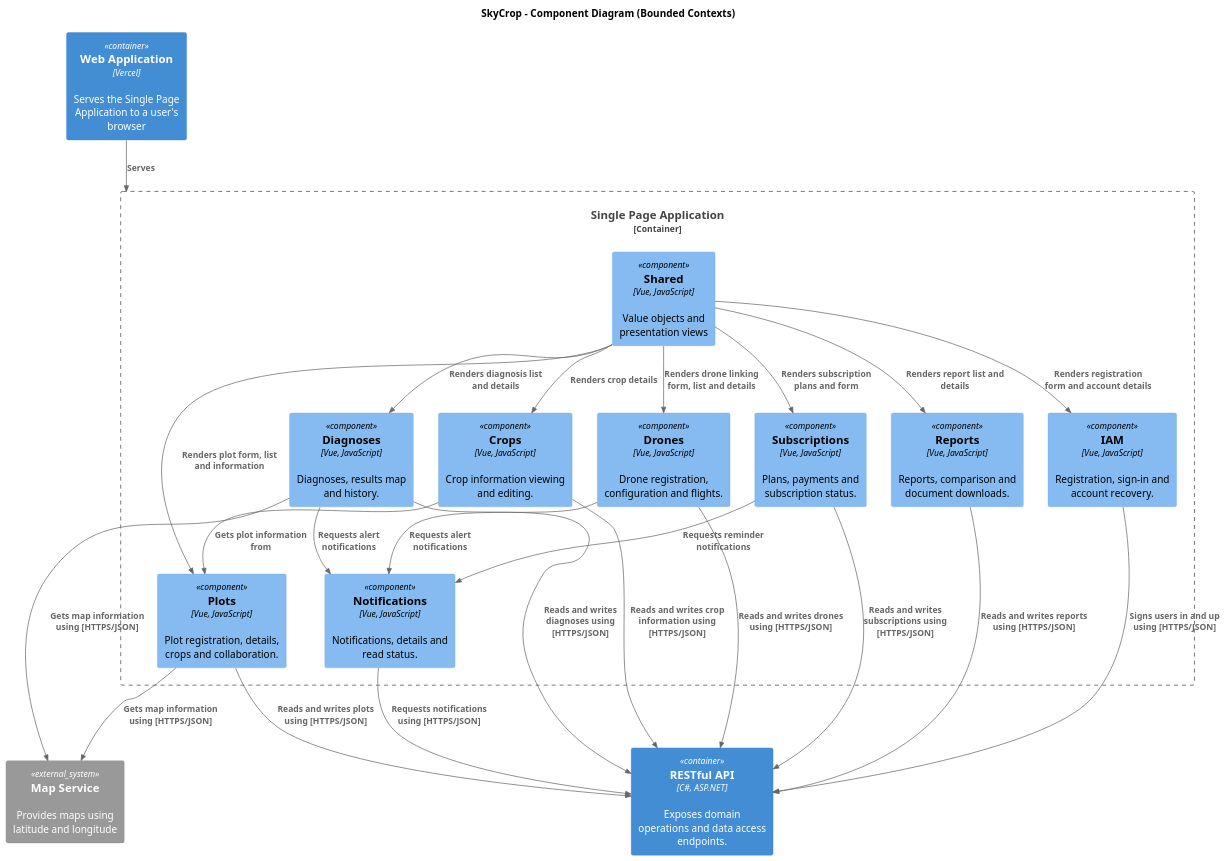
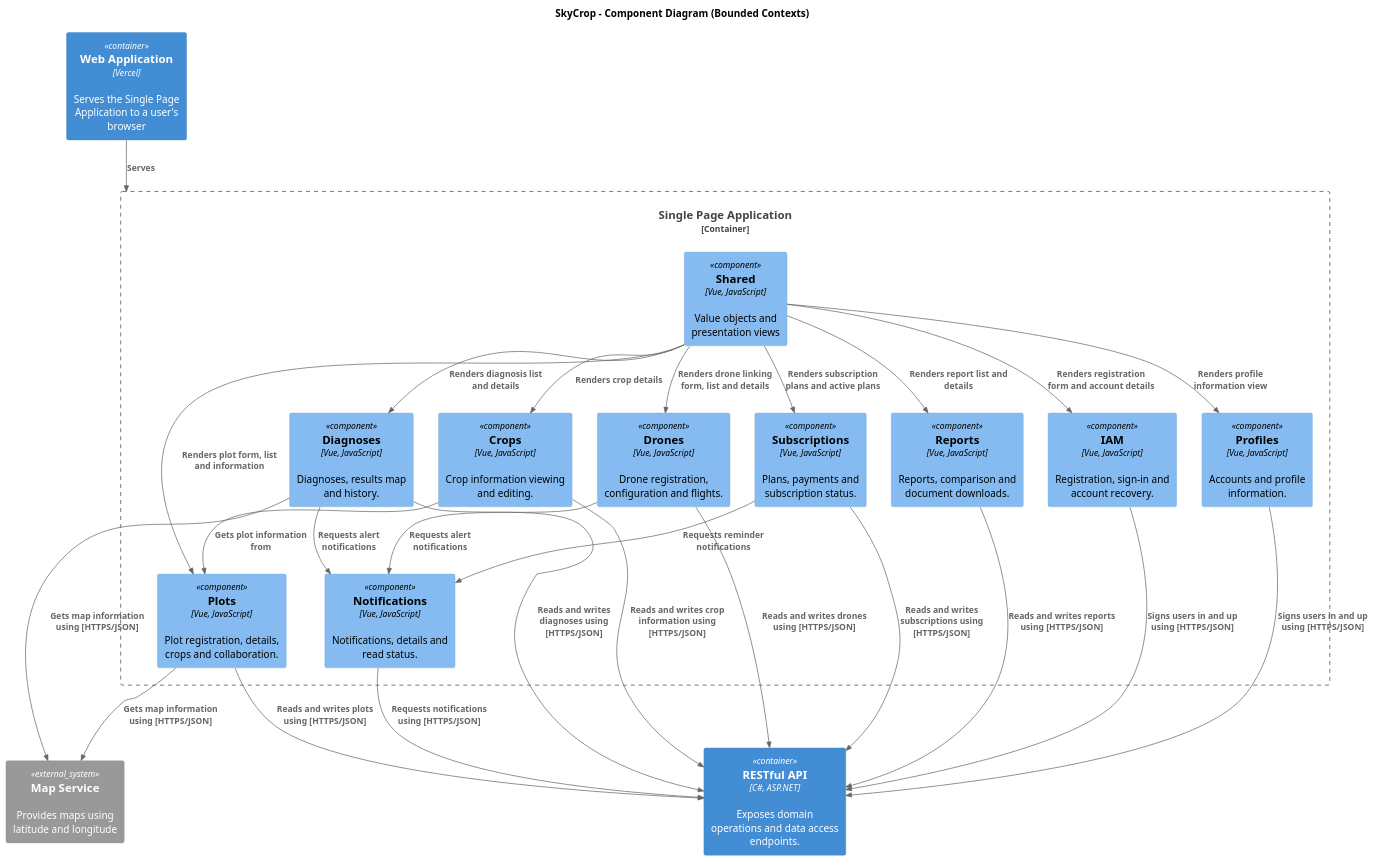
The diagram in resources/diagrams/component-level/Components-Frontend-updated.puml (upc-pre-202620-1asi0730-8093-greentech/skycrop-report), drawn with PlantUML before and after one commit. The commit also changed 1 other file, not shown here.

Commit message:
feat(diagrams): update frontend component diagram

```diff
--- a/resources/diagrams/component-level/Components-Frontend-updated.puml
+++ b/resources/diagrams/component-level/Components-Frontend-updated.puml
@@ -1,61 +1,64 @@
 @startuml
 !include https://raw.githubusercontent.com/plantuml-stdlib/C4-PlantUML/master/C4_Component.puml
 
 skinparam shadowing false
 skinparam dpi 120
 skinparam defaultFontName SansSerif
 skinparam wrapWidth 180
 
 
 title SkyCrop - Component Diagram (Bounded Contexts)
 
 
 System_Ext(maps, "Map Service", "Provides maps using latitude and longitude")
 
 
 Container(web, "Web Application", "Vercel", "Serves the Single Page Application to a user's browser")
 Container(api, "RESTful API", "C#, ASP.NET", "Exposes domain operations and data access endpoints.")
 
 
 Container_Boundary(frontend, "Single Page Application") {
     Component(diagnoses, "Diagnoses", "Vue, JavaScript", "Diagnoses, results map and history.")
     Component(reports, "Reports", "Vue, JavaScript", "Reports, comparison and document downloads.")
     Component(plots, "Plots", "Vue, JavaScript", "Plot registration, details, crops and collaboration.")
     Component(drones, "Drones", "Vue, JavaScript", "Drone registration, configuration and flights.")
     Component(subscriptions, "Subscriptions", "Vue, JavaScript", "Plans, payments and subscription status.")
     Component(crops, "Crops", "Vue, JavaScript", "Crop information viewing and editing.")
     Component(notifications, "Notifications", "Vue, JavaScript", "Notifications, details and read status.")
     Component(iam, "IAM", "Vue, JavaScript", "Registration, sign-in and account recovery.")
+    Component(profiles, "Profiles", "Vue, JavaScript", "Accounts and profile information.")
     Component(shared, "Shared", "Vue, JavaScript", "Value objects and presentation views")
 }
 
 
 Rel(web, frontend, "Serves")
 
 Rel(shared, diagnoses, "Renders diagnosis list and details")
 Rel(shared, reports, "Renders report list and details")
 Rel(shared, plots, "Renders plot form, list and information")
 Rel(shared, drones, "Renders drone linking form, list and details")
-Rel(shared, subscriptions, "Renders subscription plans and form")
+Rel(shared, subscriptions, "Renders subscription plans and active plans")
 Rel(shared, crops, "Renders crop details")
 Rel(shared, iam, "Renders registration form and account details")
+Rel(shared, profiles, "Renders profile information view")
 
 Rel(crops, plots, "Gets plot information from")
 Rel(subscriptions, notifications, "Requests reminder notifications")
 Rel(drones, notifications, "Requests alert notifications")
 Rel(diagnoses, notifications, "Requests alert notifications")
 
 Rel(diagnoses, api, "Reads and writes diagnoses using [HTTPS/JSON]")
 Rel(reports, api, "Reads and writes reports using [HTTPS/JSON] ")
 Rel(plots, api, "Reads and writes plots using [HTTPS/JSON]")
 Rel(drones, api, "Reads and writes drones using [HTTPS/JSON]")
 Rel(subscriptions, api, "Reads and writes subscriptions using [HTTPS/JSON]")
 Rel(crops, api, "Reads and writes crop information using [HTTPS/JSON]")
 Rel(notifications, api, "Requests notifications using [HTTPS/JSON]")
 Rel(iam, api, "Signs users in and up using [HTTPS/JSON]")
+Rel(profiles, api, "Signs users in and up using [HTTPS/JSON]")
 
 Rel(plots, maps, "Gets map information using [HTTPS/JSON]")
 Rel(diagnoses, maps, "Gets map information using [HTTPS/JSON]")
 
 
 @enduml
```
